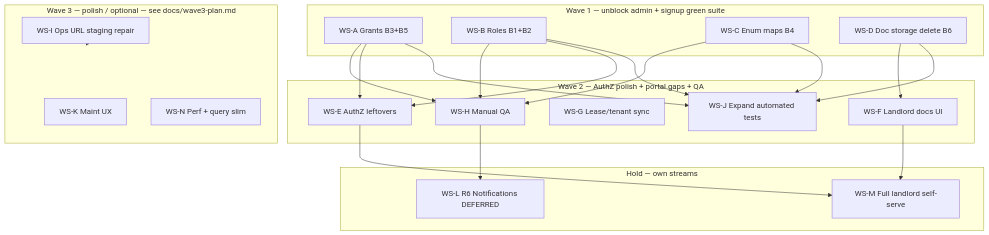
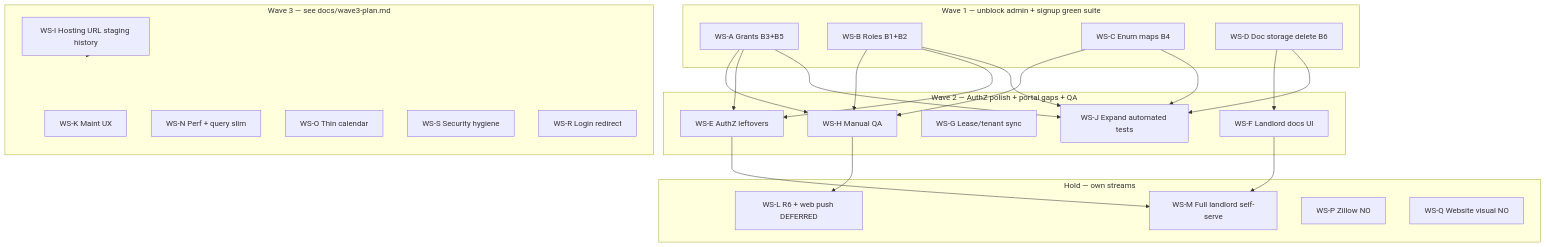
One commit to CharmZoned/Maintenance-App-Portal changed the diagram in docs/parallel-work-plan.md. Above: the diagram before and after it, drawn with Mermaid. The commit also changed other lines of this file and 2 other files, not shown here.

First line of the commit message:
docs: Wave 3 owner O/P/Q choices + security hygiene plan

````diff
--- a/docs/parallel-work-plan.md
+++ b/docs/parallel-work-plan.md
@@ -38,39 +38,44 @@
 ```mermaid
 flowchart TB
   subgraph W1["Wave 1 — unblock admin + signup green suite"]
     A[WS-A Grants B3+B5]
     B[WS-B Roles B1+B2]
     C[WS-C Enum maps B4]
     D[WS-D Doc storage delete B6]
   end
   subgraph W2["Wave 2 — AuthZ polish + portal gaps + QA"]
     E[WS-E AuthZ leftovers]
     F[WS-F Landlord docs UI]
     G[WS-G Lease/tenant sync]
     H[WS-H Manual QA]
     J[WS-J Expand automated tests]
   end
-  subgraph W3["Wave 3 — polish / optional — see docs/wave3-plan.md"]
+  subgraph W3["Wave 3 — see docs/wave3-plan.md"]
     K[WS-K Maint UX]
     N[WS-N Perf + query slim]
-    I[WS-I Ops URL staging repair]
+    I[WS-I Hosting URL staging history]
+    O[WS-O Thin calendar]
+    S[WS-S Security hygiene]
+    R[WS-R Login redirect]
   end
   subgraph HOLD["Hold — own streams"]
-    L[WS-L R6 Notifications DEFERRED]
+    L[WS-L R6 + web push DEFERRED]
     M[WS-M Full landlord self-serve]
+    P[WS-P Zillow NO]
+    Q[WS-Q Website visual NO]
   end
   A --> H
   B --> H
   C --> H
   D --> F
   A --> E
   B --> E
   A --> J
   B --> J
   C --> J
   D --> J
   E --> M
   F --> M
   H --> L
   I -.-> W3
 ```
````
